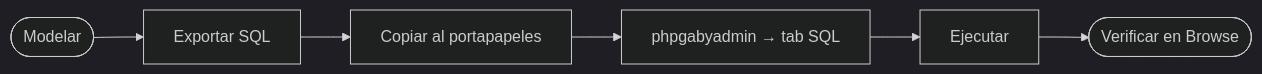
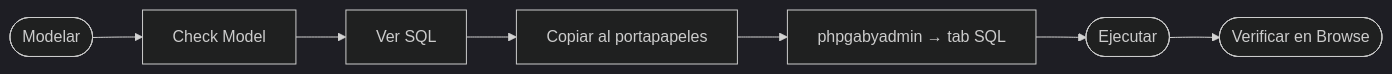
The first of 2 diagrams in web/modeler/README.md (vladimiracunadev-create/gabysql), drawn with Mermaid (dark theme) before and after one commit. The commit also changed other lines of this file and 3 other files, not shown here.

````diff
--- a/web/modeler/README.md
+++ b/web/modeler/README.md
@@ -46,8 +80,9 @@
 ```mermaid
 flowchart LR
-    A([Modelar]) --> B[Exportar SQL]
-    B --> C[Copiar al portapapeles]
-    C --> D[phpgabyadmin → tab SQL]
-    D --> E[Ejecutar]
-    E --> F([Verificar en Browse])
+    A([Modelar]) --> B[Check Model]
+    B --> C[Ver SQL]
+    C --> D[Copiar al portapapeles]
+    D --> E[phpgabyadmin → tab SQL]
+    E --> F([Ejecutar])
+    F --> G([Verificar en Browse])
 ```
````
